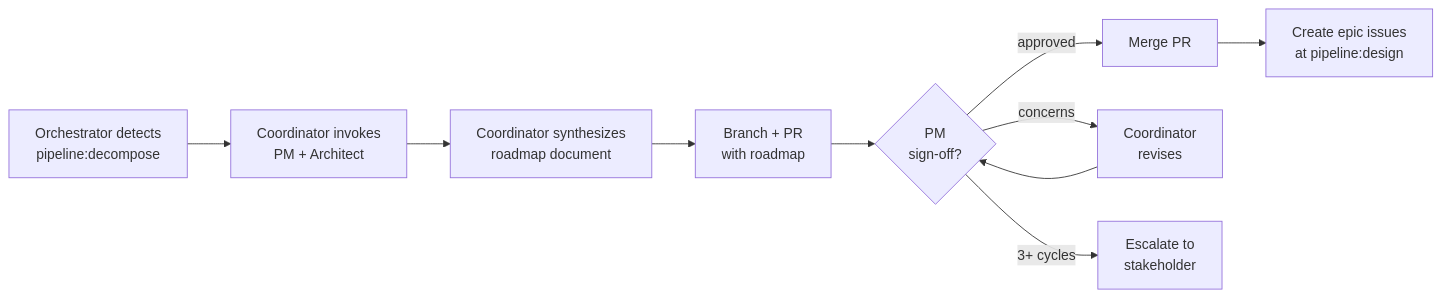
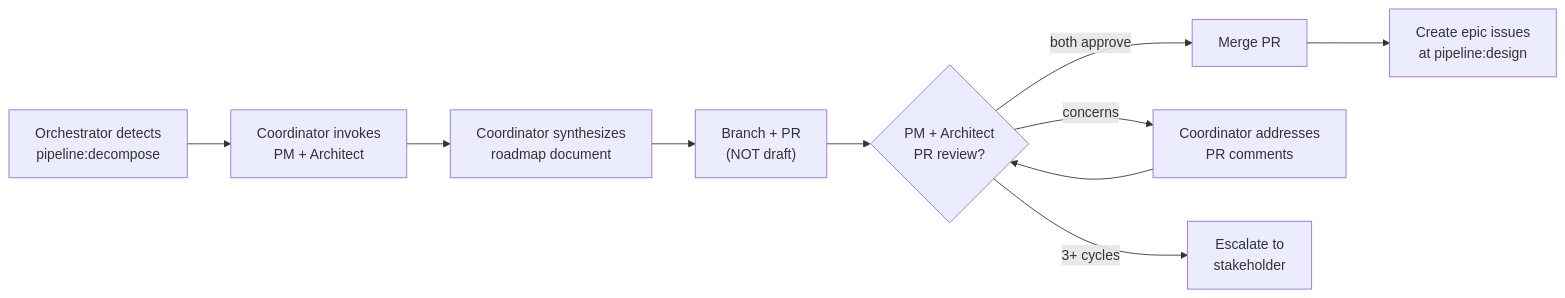
The seventh of 12 diagrams in docs/research/pipeline-redesign-v2.md (themachinagod/andgasm-claude-orchestration-project), drawn with Mermaid before and after one commit. The commit also changed other lines of this file and 17 other files, not shown here.

````diff
--- a/docs/research/pipeline-redesign-v2.md
+++ b/docs/research/pipeline-redesign-v2.md
@@ -459,17 +445,17 @@
 ```mermaid
 flowchart LR
     DETECT["Orchestrator detects<br/>pipeline:decompose"]
     COORD["Coordinator invokes<br/>PM + Architect"]
     SYNTH["Coordinator synthesizes<br/>roadmap document"]
-    PR["Branch + PR<br/>with roadmap"]
-    SIGNOFF{"PM<br/>sign-off?"}
+    PR["Branch + PR<br/>(NOT draft)"]
+    PRREVIEW{"PM + Architect<br/>PR review?"}
     MERGE["Merge PR"]
     EPICS["Create epic issues<br/>at pipeline:design"]
-    REVISE["Coordinator<br/>revises"]
+    REVISE["Coordinator addresses<br/>PR comments"]
     ESCALATE["Escalate to<br/>stakeholder"]
 
-    DETECT --> COORD --> SYNTH --> PR --> SIGNOFF
-    SIGNOFF -->|"approved"| MERGE --> EPICS
-    SIGNOFF -->|"concerns"| REVISE --> SIGNOFF
-    SIGNOFF -->|"3+ cycles"| ESCALATE
+    DETECT --> COORD --> SYNTH --> PR --> PRREVIEW
+    PRREVIEW -->|"both approve"| MERGE --> EPICS
+    PRREVIEW -->|"concerns"| REVISE --> PRREVIEW
+    PRREVIEW -->|"3+ cycles"| ESCALATE
 ```
````
